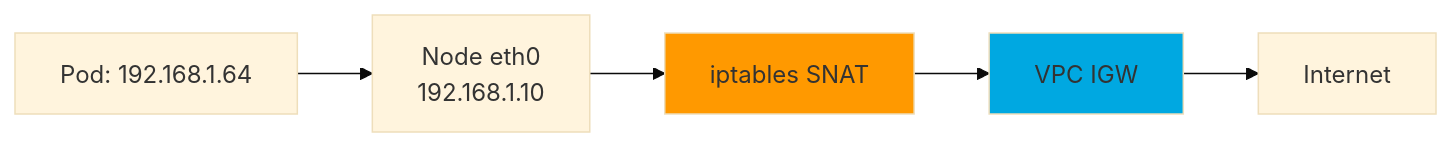
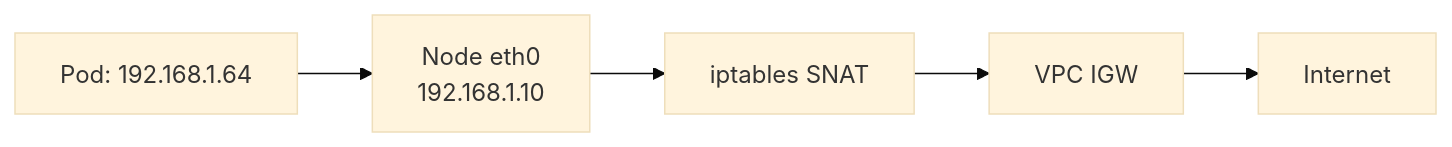
Before and after one commit to juwon8891/juwon8891.github.io: diagram 11 of 25 in docs/eks/week2-networking.md, drawn with Mermaid (base theme). The commit also changed other lines of this file and 18 other files, not shown here.

Commit message:
Remove bright colors from Mermaid diagrams for dark mode compatibility

````diff
--- a/docs/eks/week2-networking.md
+++ b/docs/eks/week2-networking.md
@@ -422,10 +409,8 @@
 ```mermaid
 graph LR
     A[Pod: 192.168.1.64] --> B[Node eth0<br/>192.168.1.10]
     B --> C[iptables SNAT]
     C --> D[VPC IGW]
     D --> E[Internet]
 
-    style C fill:#ff9900
-    style D fill:#00a8e1
 ```
````
